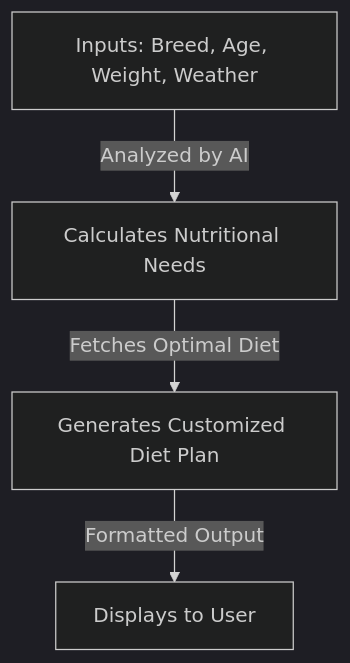
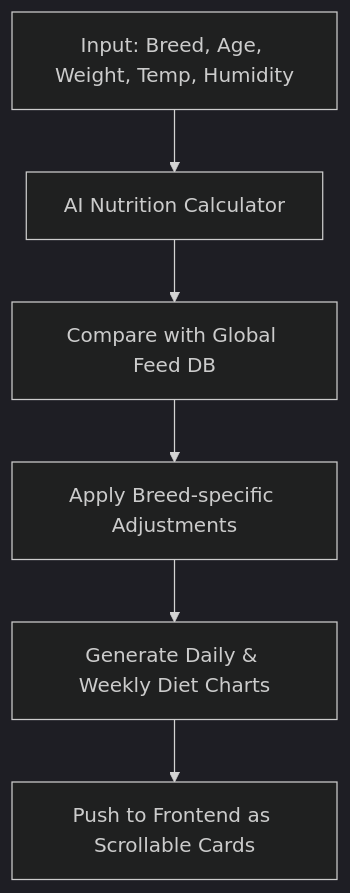
Before and after one commit to Maheshh-S/AquaBov: the fifth of 5 diagrams in README.md, drawn with Mermaid (dark theme). The commit also changed other lines of this file, not shown here.

````diff
--- a/README.md
+++ b/README.md
@@ -69,6 +78,8 @@
 ```mermaid
 graph TD;
-    I[Inputs: Breed, Age, Weight, Weather] -->|Analyzed by AI| C[Calculates Nutritional Needs]
-    C -->|Fetches Optimal Diet| D[Generates Customized Diet Plan]
-    D -->|Formatted Output| U[Displays to User]
+    I[Input: Breed, Age, Weight, Temp, Humidity] --> A[AI Nutrition Calculator]
+    A --> B[Compare with Global Feed DB]
+    B --> C[Apply Breed-specific Adjustments]
+    C --> D[Generate Daily & Weekly Diet Charts]
+    D --> E[Push to Frontend as Scrollable Cards]
 ```
````
